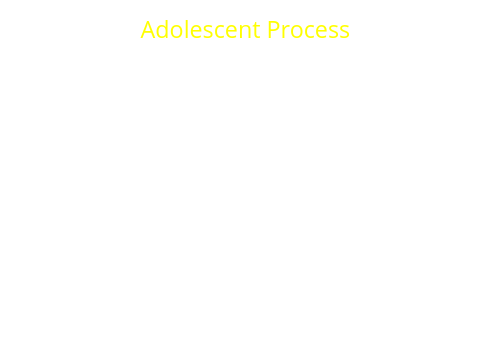
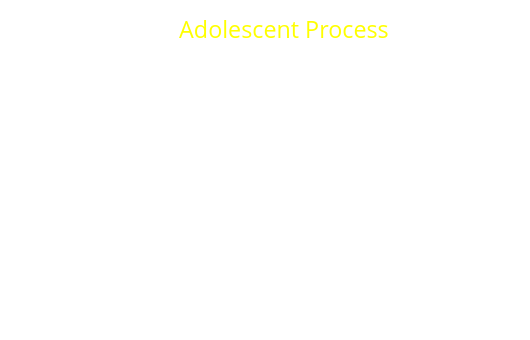
Before and after one commit to clanfear/ASA_2025: the third of 4 diagrams in slides.qmd, drawn with Graphviz. The commit also changed other lines of this file and 5 other files, not shown here.

````diff
--- a/slides.qmd
+++ b/slides.qmd
@@ -545,19 +547,19 @@
 ```{dot}
 //| fig-width: 6
 digraph G{
   graph [layout=neato, bgcolor="transparent"]
   node [shape = plaintext, fontname="Open Sans", fontcolor="white"]
   edge [color="white"]
   
   btitle [pos = "1.5,  5.25!", label = "Adolescent Process", fontcolor = yellow]
-  bsc1 [pos = "0,  4.5!", label = "Local\ninstability"]
-  bsi [pos = "0.5,  3!", label = "Specific fear\n& cynicism\n(Risky situations)"]
-  bsa [pos = "2.5,  3!", label = "Youth gun\ncarrying\n(Illegal)"]
+  bsc1 [pos = "0,  4.5!", label = "Local instability\n(Risky situations)"]
+  bsi [pos = "0.5,  3!", label = "Specific distrust\n& cynicism"]
+  bsa [pos = "2.5,  3!", label = "Youth gun\ncarrying"]
   bsc2 [pos = "3,  4.5!", label = "Increased\nyouth\nviolence"]
 
   bsc1 -> bsi
   bsc1 -> bsc2
   bsi -> bsa
   bsa -> bsc2
 }
 ```
````
